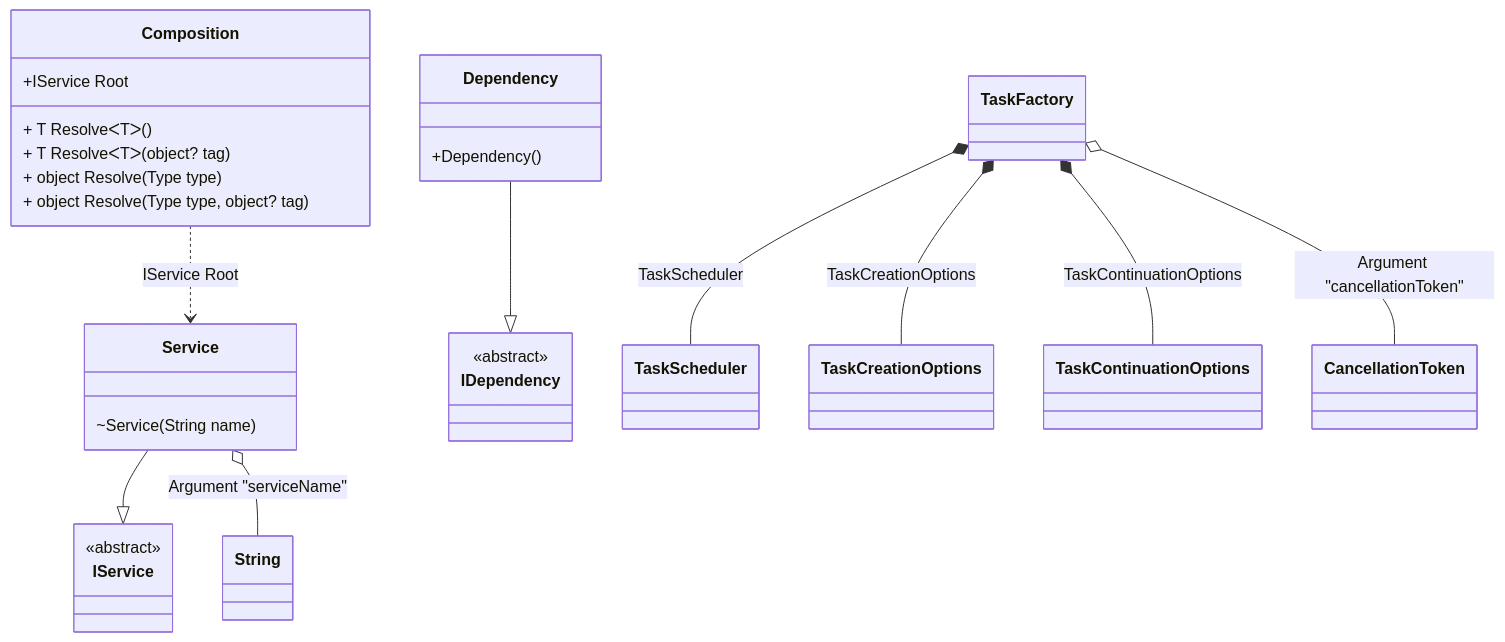
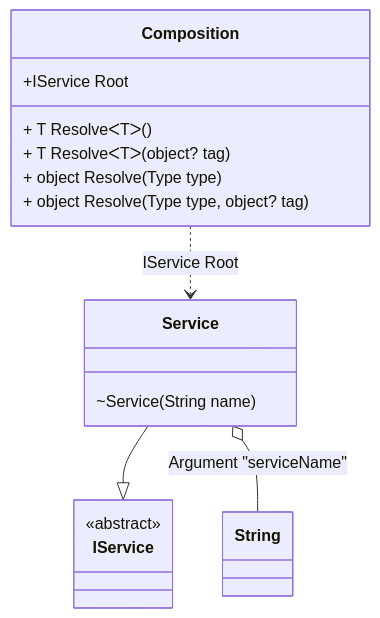
Before and after one commit to DevTeam/Pure.DI: the diagram in readme/constructor-ordinal-attribute.md, drawn with Mermaid. The commit also changed other lines of this file and 66 other files, not shown here.

Commit message:
Minimizing the volume of the dependency graph

````diff
--- a/readme/constructor-ordinal-attribute.md
+++ b/readme/constructor-ordinal-attribute.md
@@ -43,36 +43,20 @@
 ```mermaid
 classDiagram
   class Composition {
     +IService Root
     + T ResolveᐸTᐳ()
     + T ResolveᐸTᐳ(object? tag)
     + object Resolve(Type type)
     + object Resolve(Type type, object? tag)
   }
   Service --|> IService : 
   class Service {
     ~Service(String name)
   }
-  Dependency --|> IDependency : 
-  class Dependency {
-    +Dependency()
-  }
-  class TaskScheduler
-  class TaskCreationOptions
-  class TaskContinuationOptions
-  class TaskFactory
-  class CancellationToken
   class String
   class IService {
     <<abstract>>
   }
-  class IDependency {
-    <<abstract>>
-  }
   Service o-- String : Argument "serviceName"
-  TaskFactory o-- CancellationToken : Argument "cancellationToken"
-  TaskFactory *--  TaskCreationOptions : TaskCreationOptions
-  TaskFactory *--  TaskContinuationOptions : TaskContinuationOptions
-  TaskFactory *--  TaskScheduler : TaskScheduler
   Composition ..> Service : IService Root
 ```
````
